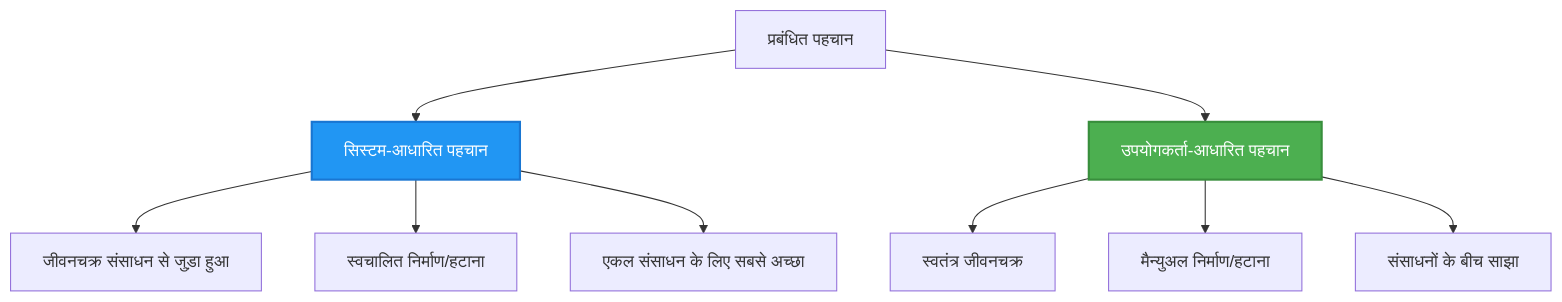
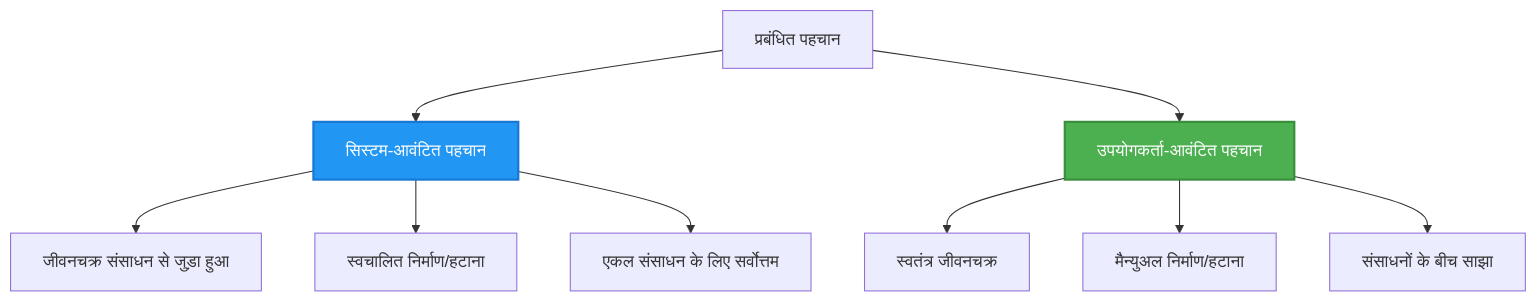
The second of 2 diagrams in translations/hi/docs/chapter-03-configuration/authsecurity.md (microsoft/AZD-for-beginners), drawn with Mermaid before and after one commit. The commit also changed other lines of this file and 101 other files, not shown here.

````diff
--- a/translations/hi/docs/chapter-03-configuration/authsecurity.md
+++ b/translations/hi/docs/chapter-03-configuration/authsecurity.md
@@ -97,20 +97,20 @@
 ```mermaid
 graph TB
     MI[प्रबंधित पहचान]
-    SystemAssigned[सिस्टम-आधारित पहचान]
-    UserAssigned[उपयोगकर्ता-आधारित पहचान]
+    SystemAssigned[सिस्टम-आवंटित पहचान]
+    UserAssigned[उपयोगकर्ता-आवंटित पहचान]
     
     MI --> SystemAssigned
     MI --> UserAssigned
     
     SystemAssigned --> SA1[जीवनचक्र संसाधन से जुड़ा हुआ]
     SystemAssigned --> SA2[स्वचालित निर्माण/हटाना]
-    SystemAssigned --> SA3[एकल संसाधन के लिए सबसे अच्छा]
+    SystemAssigned --> SA3[एकल संसाधन के लिए सर्वोत्तम]
     
     UserAssigned --> UA1[स्वतंत्र जीवनचक्र]
     UserAssigned --> UA2[मैन्युअल निर्माण/हटाना]
     UserAssigned --> UA3[संसाधनों के बीच साझा]
     
     style SystemAssigned fill:#2196F3,stroke:#1976D2,stroke-width:2px,color:#fff
     style UserAssigned fill:#4CAF50,stroke:#388E3C,stroke-width:2px,color:#fff
 ```
````
